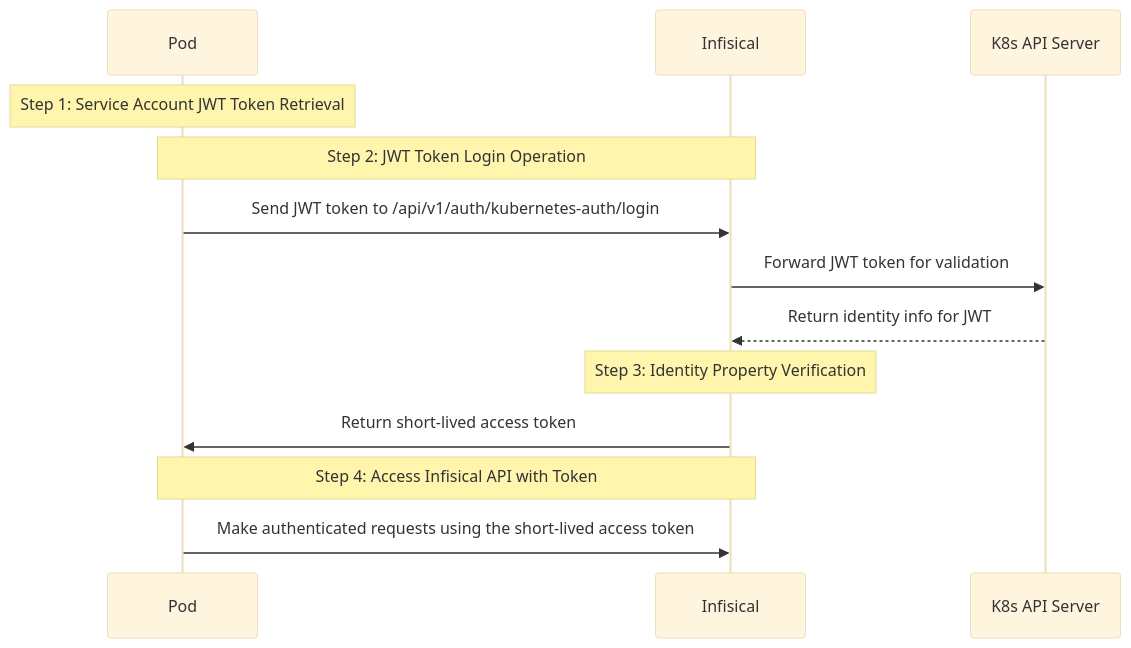
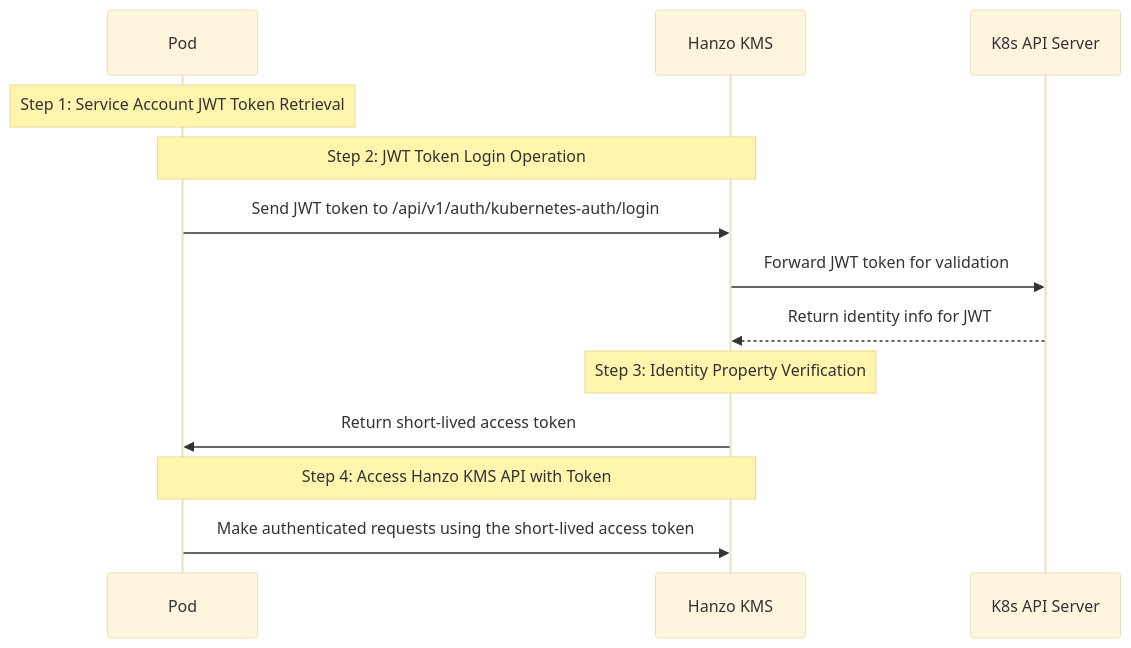
The diagram in docs/documentation/platform/identities/kubernetes-auth.mdx (hanzoai/kms), drawn with Mermaid (base theme) before and after one commit. The commit also changed other lines of this file and 927 other files, not shown here.

First line of the commit message:
feat: complete Hanzo KMS rebranding across upstream merge

````diff
--- a/docs/documentation/platform/identities/kubernetes-auth.mdx
+++ b/docs/documentation/platform/identities/kubernetes-auth.mdx
@@ -12,19 +12,19 @@
 ```mermaid
 sequenceDiagram
   participant Pod as Pod
-  participant Infis as Infisical
+  participant Infis as Hanzo KMS
   participant KubernetesServer as K8s API Server
 
   Note over Pod: Step 1: Service Account JWT Token Retrieval
 
   Note over Pod,Infis: Step 2: JWT Token Login Operation
   Pod->>Infis: Send JWT token to /api/v1/auth/kubernetes-auth/login
   Infis->>KubernetesServer: Forward JWT token for validation
     KubernetesServer-->>Infis: Return identity info for JWT
 
   Note over Infis: Step 3: Identity Property Verification
   Infis->>Pod: Return short-lived access token
 
-  Note over Pod,Infis: Step 4: Access Infisical API with Token
+  Note over Pod,Infis: Step 4: Access Hanzo KMS API with Token
   Pod->>Infis: Make authenticated requests using the short-lived access token
 ```
````
